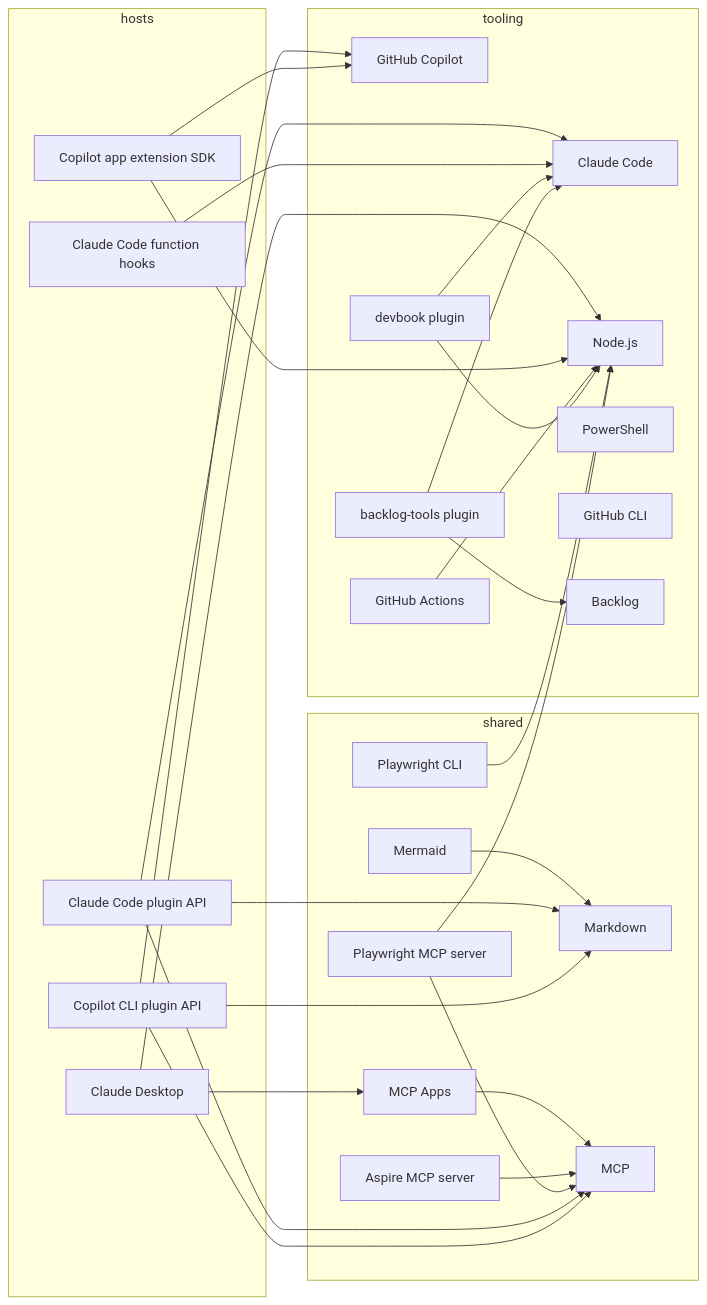
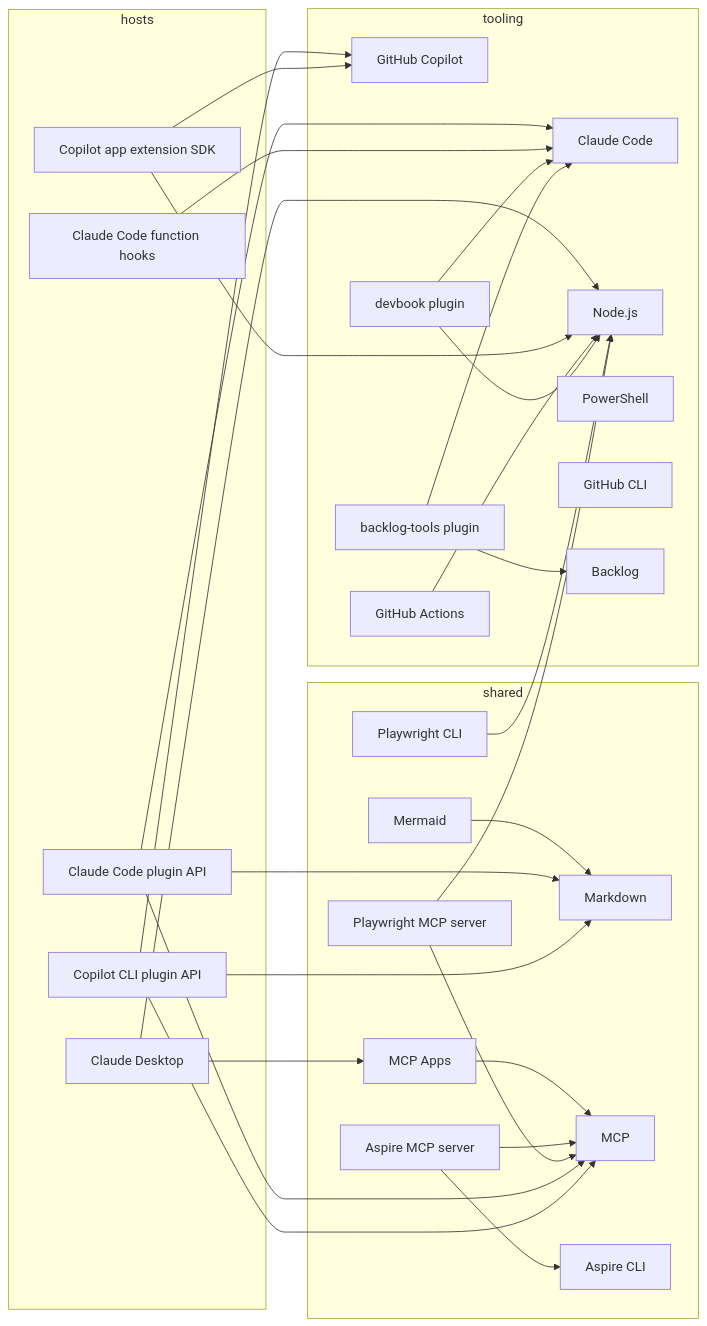
The diagram in .devbook/tech/technology-graph.md (JSdotNet/ai-plugins), drawn with Mermaid before and after one commit. The commit also changed other lines of this file and 4 other files, not shown here.

First line of the commit message:
docs(devbook): record the Aspire CLI as the qa plugin's route

````diff
--- a/.devbook/tech/technology-graph.md
+++ b/.devbook/tech/technology-graph.md
@@ -23,52 +23,54 @@
 ```mermaid
 graph LR
     subgraph shared
         markdown[Markdown]
         mermaid[Mermaid]
         mcp[MCP]
         mcp-apps[MCP Apps]
+        aspire-cli[Aspire CLI]
         aspire-mcp[Aspire MCP server]
         playwright-cli[Playwright CLI]
         playwright-mcp[Playwright MCP server]
     end
     subgraph hosts
         claude-api[Claude Code plugin API]
         copilot-api[Copilot CLI plugin API]
         claude-desktop[Claude Desktop]
         copilot-sdk[Copilot app extension SDK]
         claude-hooks[Claude Code function hooks]
     end
     subgraph tooling
         claude-code[Claude Code]
         copilot[GitHub Copilot]
         node[Node.js]
         pwsh[PowerShell]
         actions[GitHub Actions]
         gh[GitHub CLI]
         devbook[devbook plugin]
         backlog[Backlog]
         backlog-tools[backlog-tools plugin]
     end
     mermaid --> markdown
     mcp-apps --> mcp
     aspire-mcp --> mcp
+    aspire-mcp --> aspire-cli
     playwright-cli --> node
     playwright-mcp --> mcp
     playwright-mcp --> node
     claude-api --> claude-code
     claude-api --> markdown
     claude-api --> mcp
     copilot-api --> copilot
     copilot-api --> markdown
     copilot-api --> mcp
     claude-desktop --> mcp-apps
     claude-desktop --> node
     copilot-sdk --> copilot
     copilot-sdk --> node
     claude-hooks --> claude-code
     actions --> node
     devbook --> node
     devbook --> claude-code
     backlog-tools --> claude-code
     backlog-tools --> backlog
 ```
````
